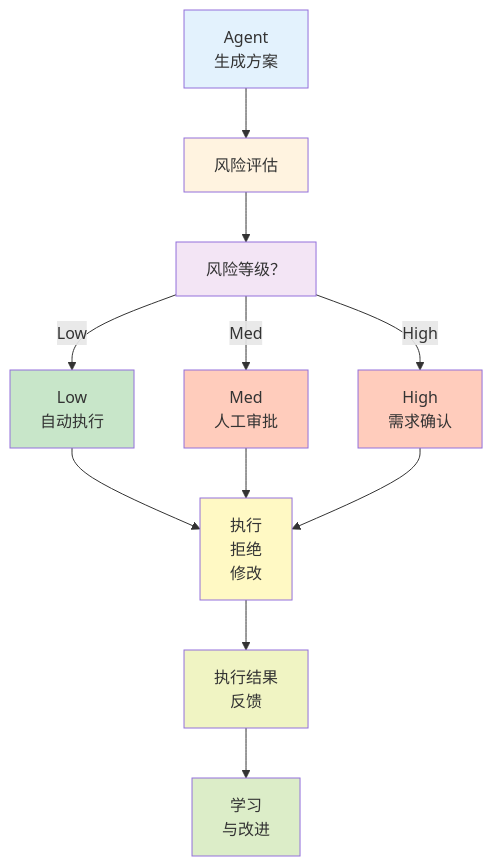
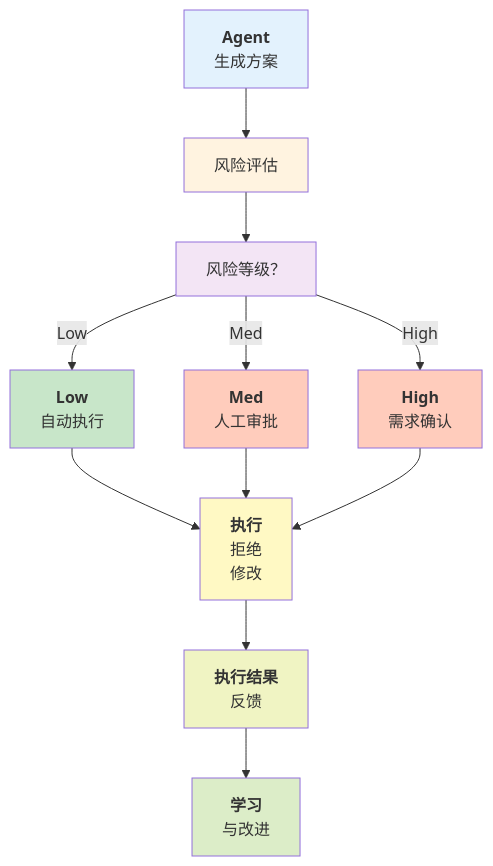
The diagram in 11_reliability/11.2_feedback_loop.md (yeasy/harness_engineering_guide), drawn with Mermaid before and after one commit. The commit also changed 26 other files, not shown here.

Commit message:
Add bold titles to Mermaid diagram nodes

````diff
--- a/11_reliability/11.2_feedback_loop.md
+++ b/11_reliability/11.2_feedback_loop.md
@@ -15,33 +15,33 @@
 ```mermaid
 graph TD
-    A["Agent<br/>生成方案"]
+    A["<b>Agent</b><br/>生成方案"]
     B["风险评估"]
     C["风险等级？"]
-    D["Low<br/>自动执行"]
-    E["Med<br/>人工审批"]
-    F["High<br/>需求确认"]
-    G["执行<br/>拒绝<br/>修改"]
-    H["执行结果<br/>反馈"]
-    I["学习<br/>与改进"]
+    D["<b>Low</b><br/>自动执行"]
+    E["<b>Med</b><br/>人工审批"]
+    F["<b>High</b><br/>需求确认"]
+    G["<b>执行</b><br/>拒绝<br/>修改"]
+    H["<b>执行结果</b><br/>反馈"]
+    I["<b>学习</b><br/>与改进"]
 
     A --> B
     B --> C
     C -->|Low| D
     C -->|Med| E
     C -->|High| F
     D --> G
     E --> G
     F --> G
     G --> H
     H --> I
 
     style A fill:#e3f2fd
     style B fill:#fff3e0
     style C fill:#f3e5f5
     style D fill:#c8e6c9
     style E fill:#ffccbc
     style F fill:#ffccbc
     style G fill:#fff9c4
     style H fill:#f0f4c3
     style I fill:#dcedc8
 ```
````
